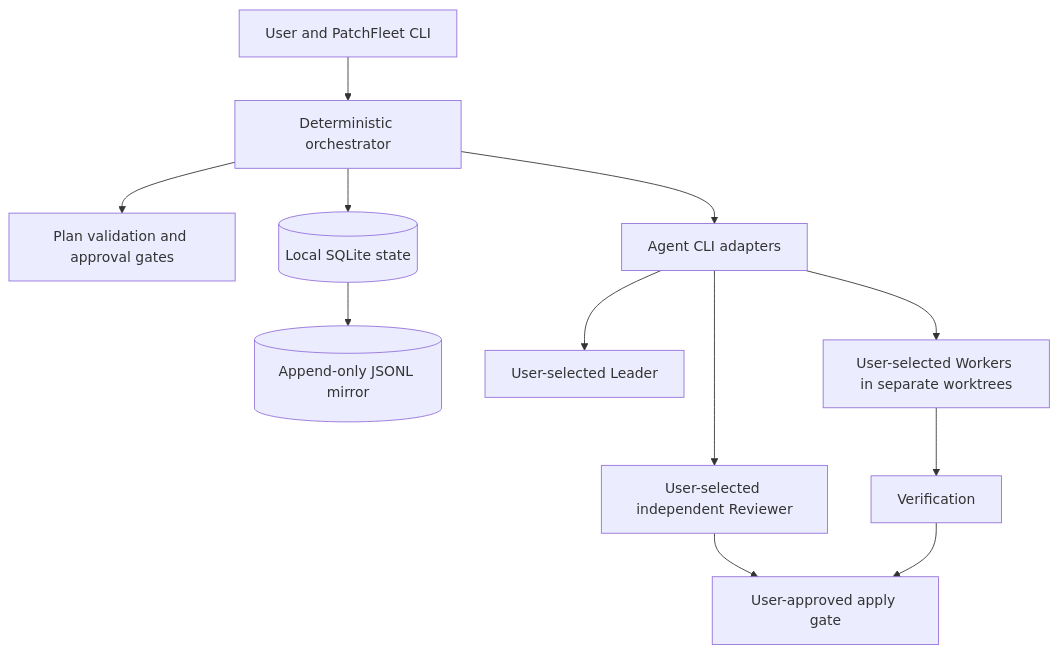
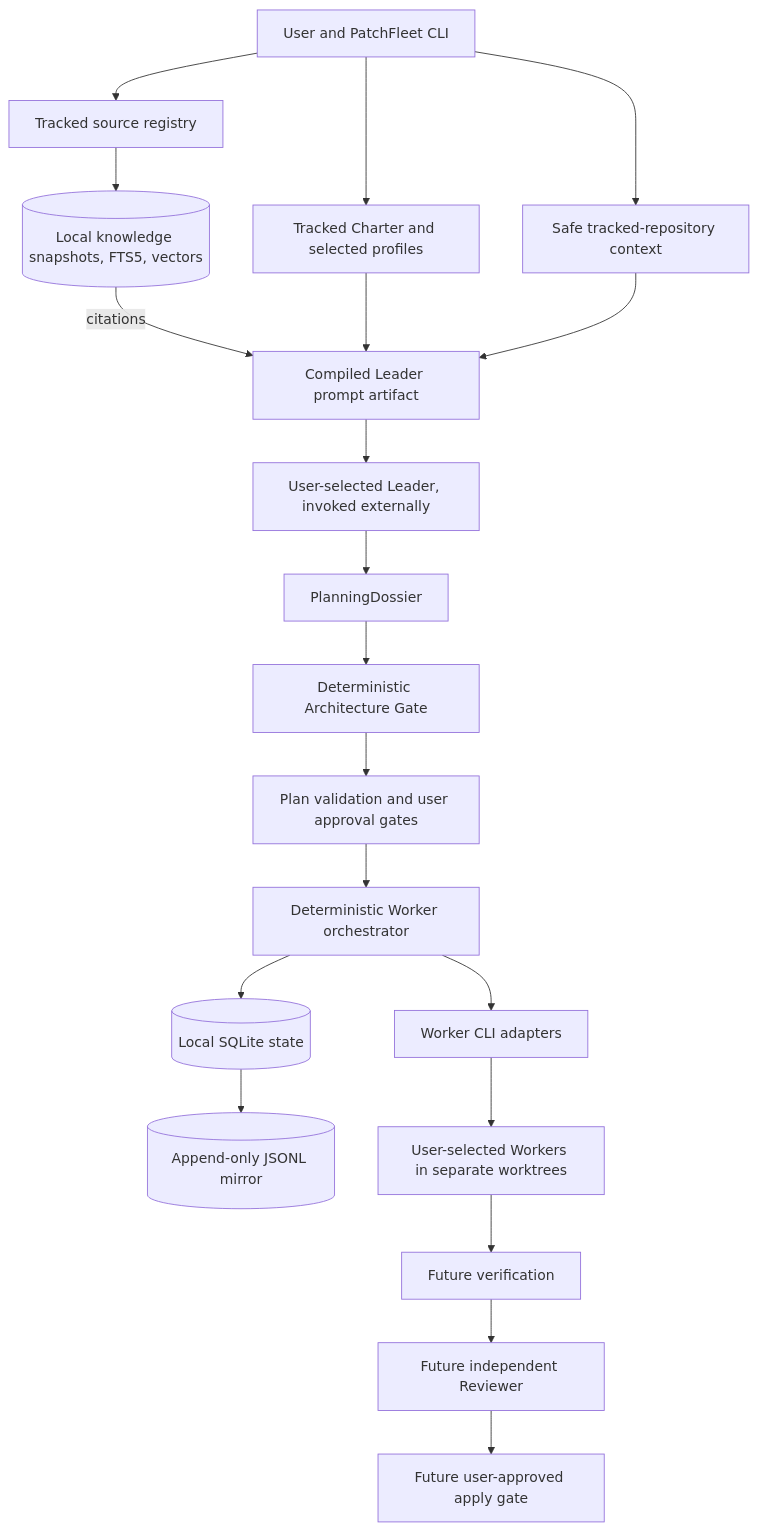
Before and after one commit to kasra7900/PatchFleet: the diagram in README.md, drawn with Mermaid. The commit also changed other lines of this file and 24 other files, not shown here.

Commit message:
feat: add leader planning and local engineering knowledge

````diff
--- a/README.md
+++ b/README.md
@@ -20,14 +22,22 @@
 ```mermaid
 flowchart TD
-    U[User and PatchFleet CLI] --> O[Deterministic orchestrator]
-    O --> P[Plan validation and approval gates]
+    U[User and PatchFleet CLI] --> C[Tracked Charter and selected profiles]
+    U --> X[Safe tracked-repository context]
+    U --> K[Tracked source registry]
+    K --> N[(Local knowledge snapshots, FTS5, vectors)]
+    N -->|citations| LP
+    C --> LP[Compiled Leader prompt artifact]
+    X --> LP
+    LP --> L[User-selected Leader, invoked externally]
+    L --> D[PlanningDossier]
+    D --> G[Deterministic Architecture Gate]
+    G --> P[Plan validation and user approval gates]
+    P --> O[Deterministic Worker orchestrator]
     O --> S[(Local SQLite state)]
     S --> E[(Append-only JSONL mirror)]
-    O --> A[Agent CLI adapters]
-    A --> L[User-selected Leader]
+    O --> A[Worker CLI adapters]
     A --> W[User-selected Workers in separate worktrees]
-    A --> R[User-selected independent Reviewer]
-    W --> V[Verification]
-    R --> G[User-approved apply gate]
-    V --> G
+    W --> V[Future verification]
+    V --> R[Future independent Reviewer]
+    R --> AP[Future user-approved apply gate]
 ```
````
